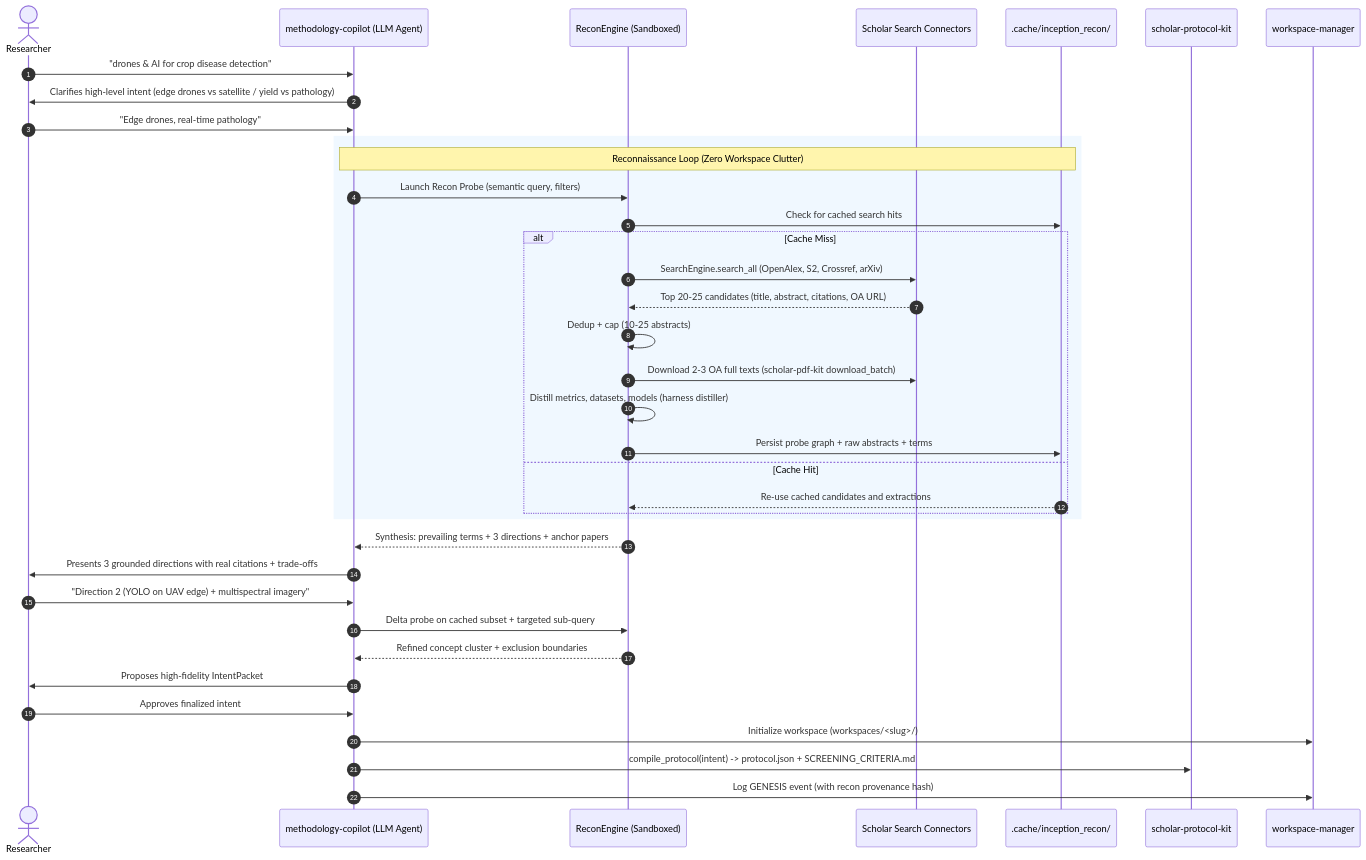
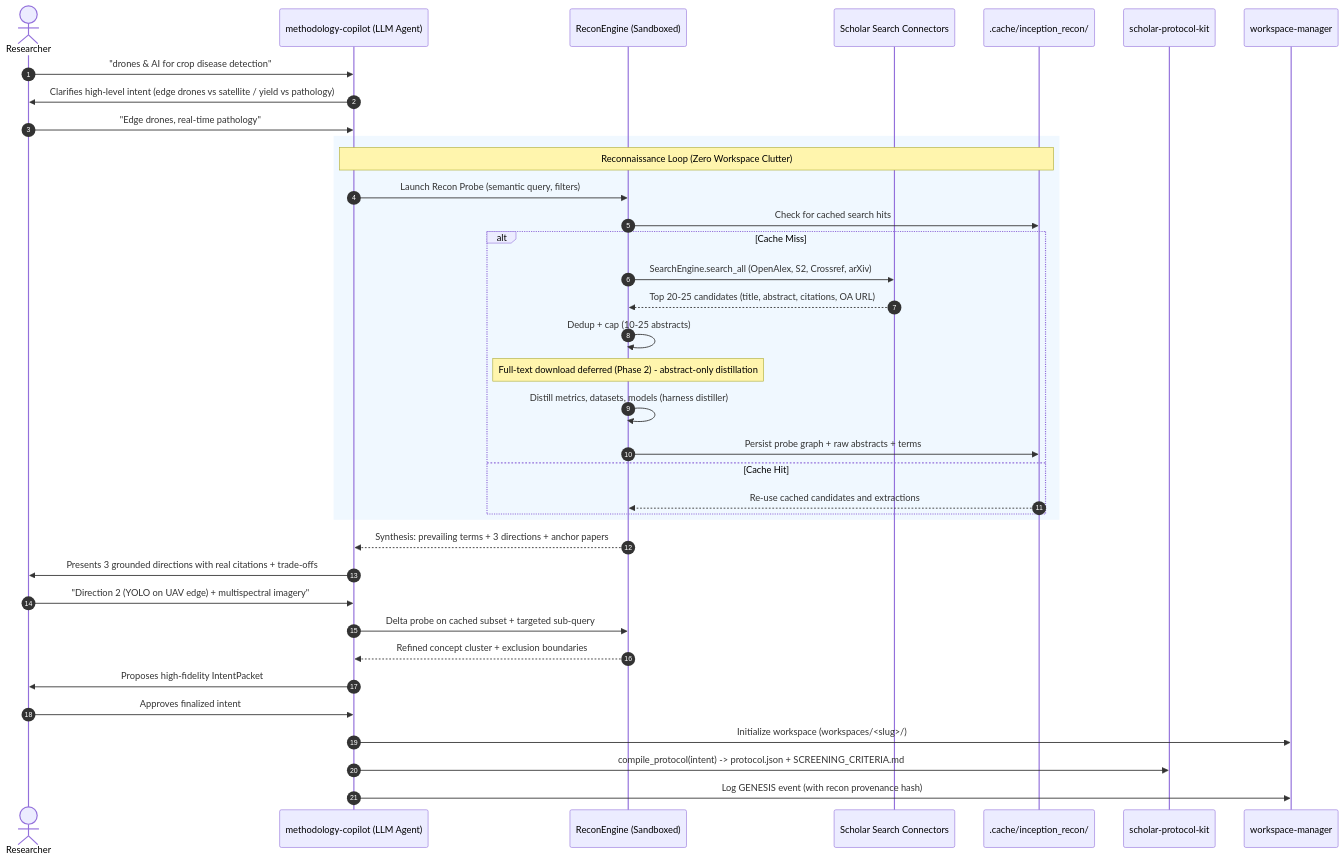
One commit to nexus-scholar-org/nexus-scholar-harness changed the diagram in specs/exploratory-grounding-agent/02_architecture.md. Above: the diagram before and after it, drawn with Mermaid. The commit also changed other lines of this file and 13 other files, not shown here.

Commit message:
docs(exploratory-grounding-agent): M0.6 semantic grounding spec + evaluation framework, agent loops, publication plan; full-text/fulltexts and headless-mode reconciliation

````diff
--- a/specs/exploratory-grounding-agent/02_architecture.md
+++ b/specs/exploratory-grounding-agent/02_architecture.md
@@ -17,42 +17,42 @@
 ```mermaid
 sequenceDiagram
     autonumber
     actor User as Researcher
     participant Copilot as methodology-copilot (LLM Agent)
     participant Recon as ReconEngine (Sandboxed)
     participant APIGW as Scholar Search Connectors
     participant Cache as .cache/inception_recon/
     participant ProtoKit as scholar-protocol-kit
     participant WM as workspace-manager
 
     User->>Copilot: "drones & AI for crop disease detection"
     Copilot->>User: Clarifies high-level intent (edge drones vs satellite / yield vs pathology)
     User->>Copilot: "Edge drones, real-time pathology"
 
     rect rgb(240, 248, 255)
         Note over Copilot,Cache: Reconnaissance Loop (Zero Workspace Clutter)
         Copilot->>Recon: Launch Recon Probe (semantic query, filters)
         Recon->>Cache: Check for cached search hits
         alt Cache Miss
             Recon->>APIGW: SearchEngine.search_all (OpenAlex, S2, Crossref, arXiv)
             APIGW-->>Recon: Top 20-25 candidates (title, abstract, citations, OA URL)
             Recon->>Recon: Dedup + cap (10-25 abstracts)
-            Recon->>APIGW: Download 2-3 OA full texts (scholar-pdf-kit download_batch)
+            Note over Recon: Full-text download deferred (Phase 2) - abstract-only distillation
             Recon->>Recon: Distill metrics, datasets, models (harness distiller)
             Recon->>Cache: Persist probe graph + raw abstracts + terms
         else Cache Hit
             Cache-->>Recon: Re-use cached candidates and extractions
         end
     end
 
     Recon-->>Copilot: Synthesis: prevailing terms + 3 directions + anchor papers
     Copilot->>User: Presents 3 grounded directions with real citations + trade-offs
     User->>Copilot: "Direction 2 (YOLO on UAV edge) + multispectral imagery"
     Copilot->>Recon: Delta probe on cached subset + targeted sub-query
     Recon-->>Copilot: Refined concept cluster + exclusion boundaries
     Copilot->>User: Proposes high-fidelity IntentPacket
     User->>Copilot: Approves finalized intent
     Copilot->>WM: Initialize workspace (workspaces/<slug>/)
     Copilot->>ProtoKit: compile_protocol(intent) -> protocol.json + SCREENING_CRITERIA.md
     Copilot->>WM: Log GENESIS event (with recon provenance hash)
 ```
````
